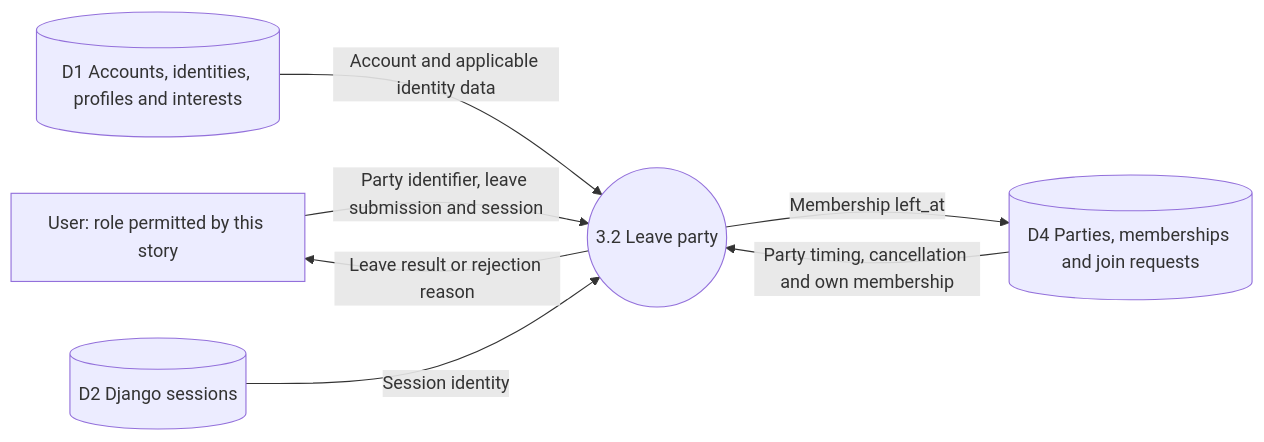
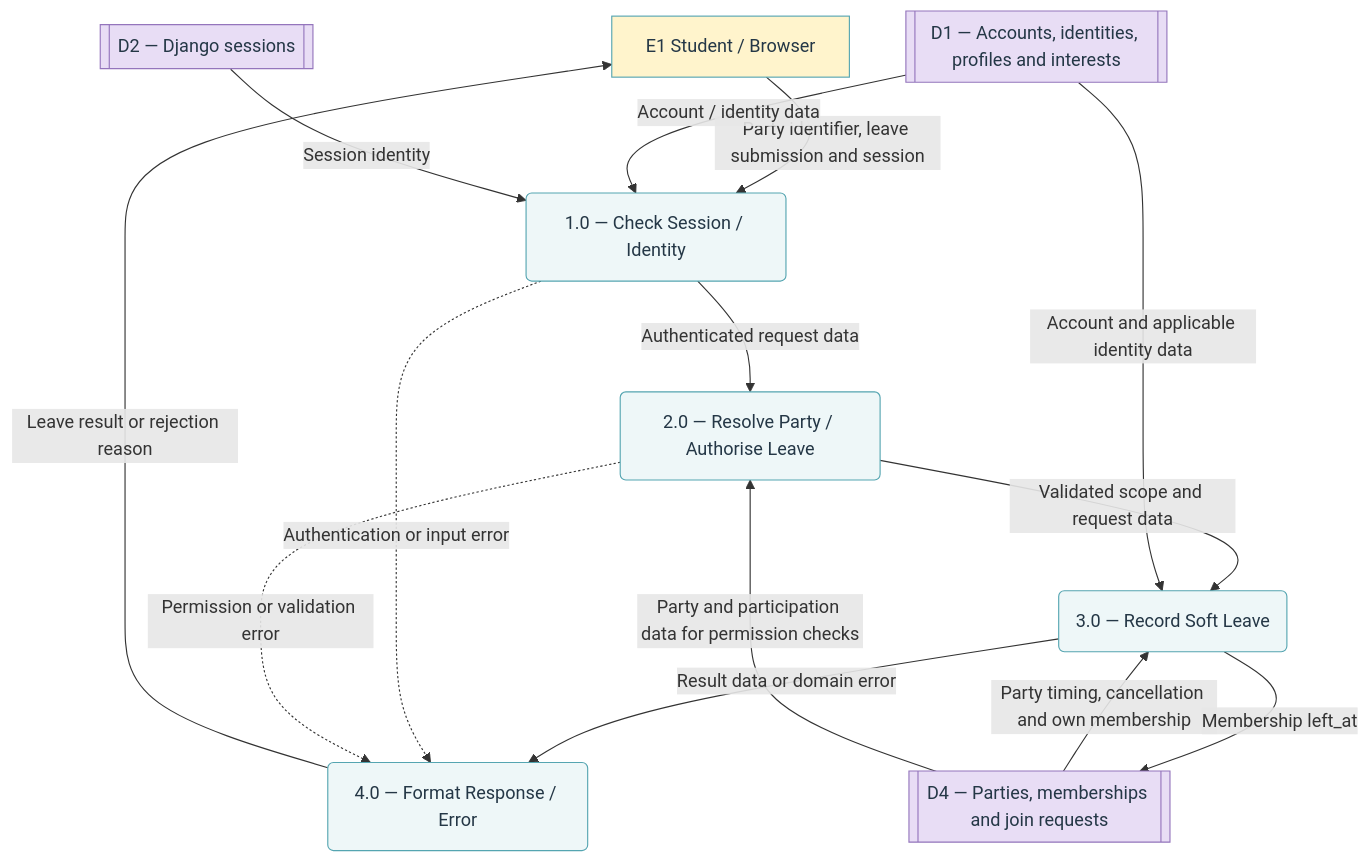
Before and after one commit to GearJP2/cs261-group2-100001: the second of 2 diagrams in docs/diagrams/data-flow/us4/README.md, drawn with Mermaid. The commit also changed other lines of this file and 40 other files, not shown here.

````diff
--- a/docs/diagrams/data-flow/us4/README.md
+++ b/docs/diagrams/data-flow/us4/README.md
@@ -7,14 +26,27 @@
 ```mermaid
-flowchart LR
-    U["User: role permitted by this story"]
-    P(("3.2 Leave party"))
-    D1[("D1 Accounts, identities, profiles and interests")]
-    D2[("D2 Django sessions")]
-    D4[("D4 Parties, memberships and join requests")]
-    U -->|"Party identifier, leave submission and session"| P
-    P -->|"Leave result or rejection reason"| U
-    D4 -->|"Party timing, cancellation and own membership"| P
-    D1 -->|"Account and applicable identity data"| P
-    D2 -->|"Session identity"| P
-    P -->|"Membership left_at"| D4
+flowchart TB
+    E["E1 Student / Browser"]:::entity
+    P1("1.0 — Check Session / Identity"):::process
+    P2("2.0 — Resolve Party / Authorise Leave"):::process
+    P3("3.0 — Record Soft Leave"):::process
+    P4("4.0 — Format Response / Error"):::process
+    E -->|"Party identifier, leave submission and session"| P1
+    P1 -->|"Authenticated request data"| P2
+    P2 -->|"Validated scope and request data"| P3
+    P3 -->|"Result data or domain error"| P4
+    P4 -->|"Leave result or rejection reason"| E
+    P1 -.->|"Authentication or input error"| P4
+    P2 -.->|"Permission or validation error"| P4
+    D1[["D1 — Accounts, identities, profiles and interests"]]:::store
+    D2[["D2 — Django sessions"]]:::store
+    D4[["D4 — Parties, memberships and join requests"]]:::store
+    D4 -->|"Party timing, cancellation and own membership"| P3
+    D4 -->|"Party and participation data for permission checks"| P2
+    D1 -->|"Account / identity data"| P1
+    D1 -->|"Account and applicable identity data"| P3
+    D2 -->|"Session identity"| P1
+    P3 -->|"Membership left_at"| D4
+    classDef entity fill:#fff4cc,stroke:#55a5b1,color:#243746
+    classDef process fill:#eef7f8,stroke:#55a5b1,color:#243746
+    classDef store fill:#e8ddf5,stroke:#9475bc,color:#243746
 ```
````
